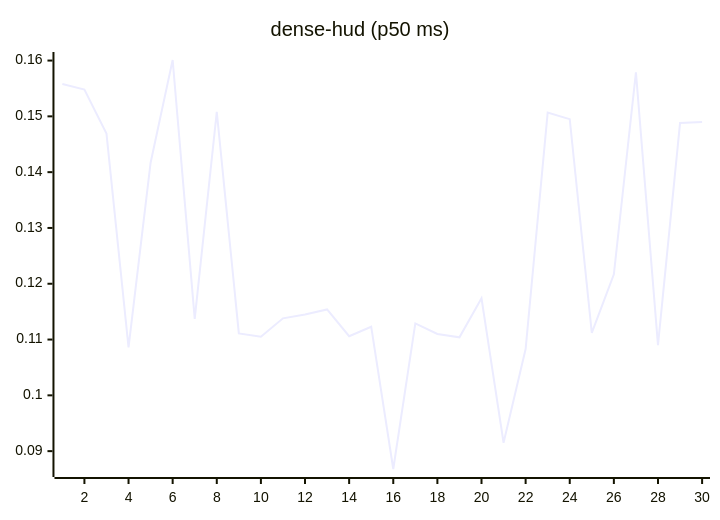
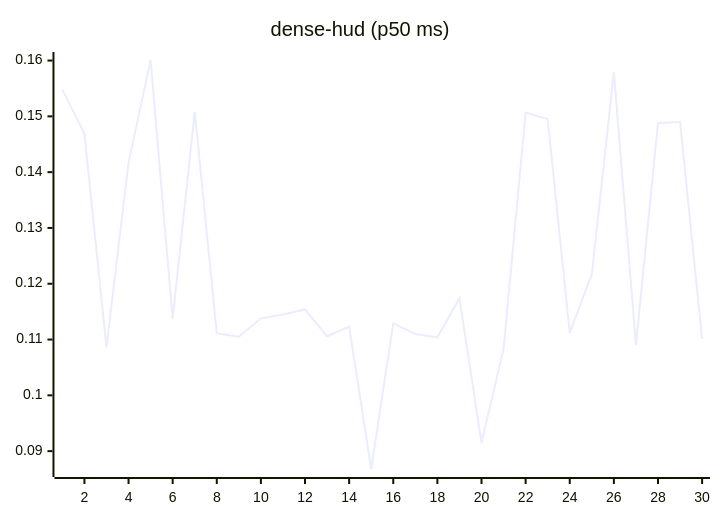
Before and after one commit to josha/Facet: the eighth of 27 diagrams in README.md, drawn with Mermaid. The commit also changed other lines of this file and 2 other files, not shown here.

````diff
--- a/README.md
+++ b/README.md
@@ -112,6 +112,6 @@
 ```mermaid
 xychart-beta
     title "dense-hud (p50 ms)"
     x-axis 1 --> 30
-    line [0.1558, 0.1548, 0.1469, 0.1086, 0.1417, 0.1601, 0.1137, 0.1508, 0.1111, 0.1105, 0.1138, 0.1145, 0.1154, 0.1106, 0.1123, 0.0868, 0.1129, 0.1110, 0.1104, 0.1174, 0.0915, 0.1083, 0.1507, 0.1495, 0.1112, 0.1217, 0.1579, 0.1090, 0.1488, 0.1490]
+    line [0.1548, 0.1469, 0.1086, 0.1417, 0.1601, 0.1137, 0.1508, 0.1111, 0.1105, 0.1138, 0.1145, 0.1154, 0.1106, 0.1123, 0.0868, 0.1129, 0.1110, 0.1104, 0.1174, 0.0915, 0.1083, 0.1507, 0.1495, 0.1112, 0.1217, 0.1579, 0.1090, 0.1488, 0.1490, 0.1101]
 ```
````
